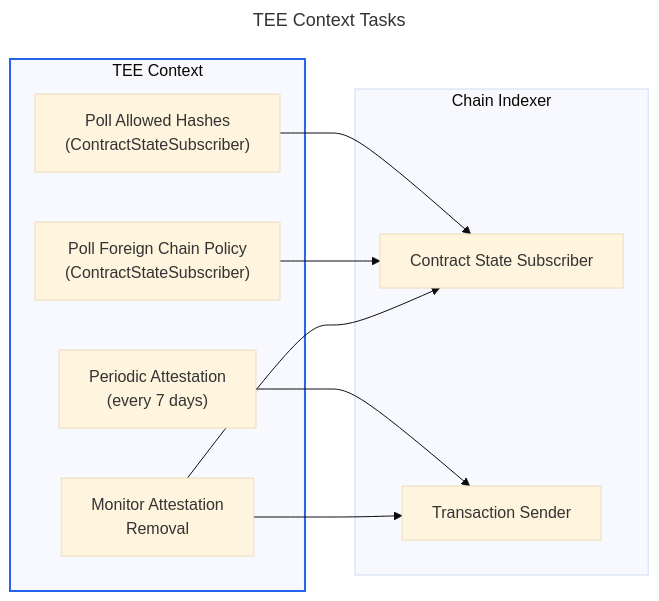
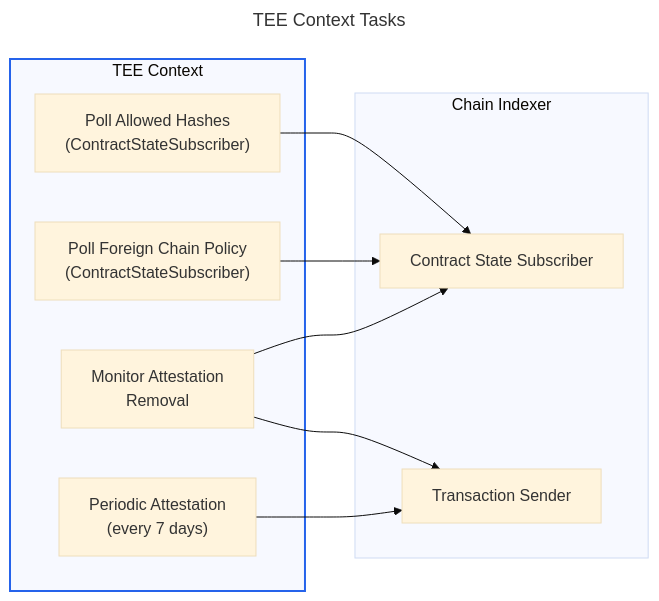
The third of 3 diagrams in docs/tee-lifecycle.md (near/mpc), drawn with Mermaid (base theme) before and after one commit. The commit also changed other lines of this file and 1 other file, not shown here.

````diff
--- a/docs/tee-lifecycle.md
+++ b/docs/tee-lifecycle.md
@@ -131,27 +132,27 @@
 ```mermaid
 ---
 title: TEE Context Tasks
 ---
 flowchart LR
 
 subgraph TEE_CTX["TEE Context"]
     POLL_HASHES["Poll Allowed Hashes<br/>(ContractStateSubscriber)"]
     POLL_FCP["Poll Foreign Chain Policy<br/>(ContractStateSubscriber)"]
+    MONITOR["Monitor Attestation<br/>Removal"]
     ATTEST["Periodic Attestation<br/>(every 7 days)"]
-    MONITOR["Monitor Attestation<br/>Removal"]
 end
 
 subgraph CHAIN["Chain Indexer"]
     CSUB["Contract State Subscriber"]
     TSEND["Transaction Sender"]
 end
 
 POLL_HASHES --> CSUB
 POLL_FCP --> CSUB
 ATTEST --> TSEND
 MONITOR --> CSUB
 MONITOR --> TSEND
 
 classDef ctx stroke:#2563eb,stroke-width:2px;
 class TEE_CTX ctx;
 ```
````
